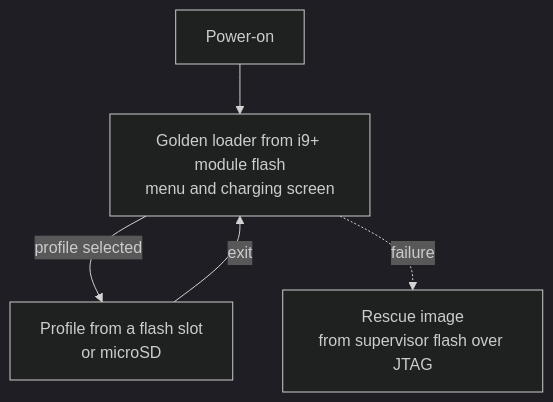
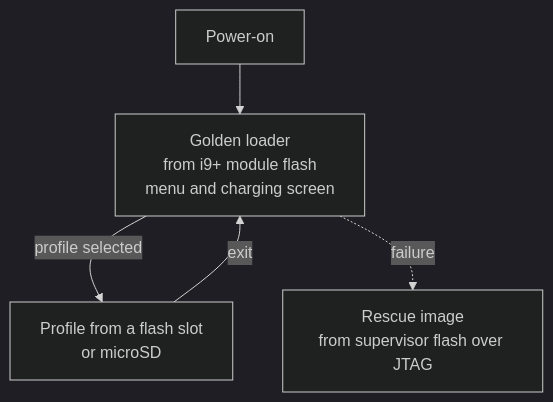
The second of 2 diagrams in README.en.md (fabbit-dev/fabbit), drawn with Mermaid (dark theme) before and after one commit. The commit also changed other lines of this file and 2 other files, not shown here.

Commit message:
docs(readme): уточнения по ревью, схемы компактнее

````diff
--- a/README.en.md
+++ b/README.en.md
@@ -113,7 +113,7 @@
 ```mermaid
 flowchart TB
-  ON["Power-on"] --> GOLD["Golden loader from i9+ module flash<br/>menu and charging screen"]
+  ON["Power-on"] --> GOLD["Golden loader<br/>from i9+ module flash<br/>menu and charging screen"]
   GOLD -->|"profile selected"| PROF["Profile from a flash slot<br/>or microSD"]
   PROF -->|"exit"| GOLD
   GOLD -.->|"failure"| RESC["Rescue image<br/>from supervisor flash over JTAG"]
 ```
````
